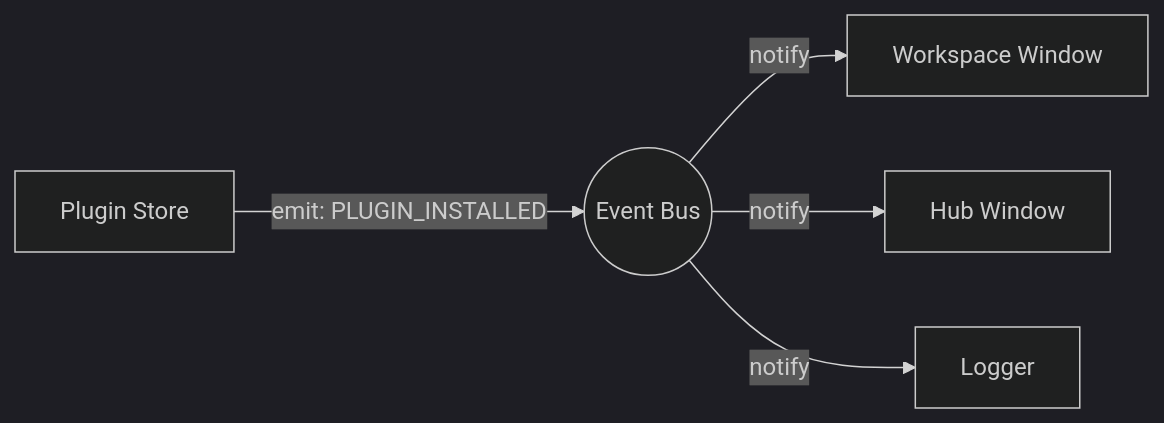
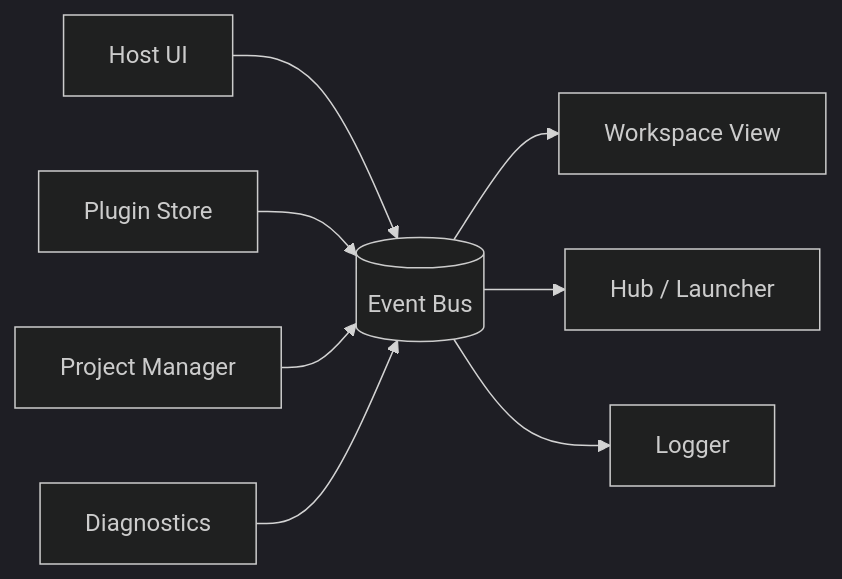
One commit to KalaimaranB/Karcytics changed the first of 2 diagrams in docs/internal/11_Core_Nervous_System.md. Above: the diagram before and after it, drawn with Mermaid (dark theme). The commit also changed other lines of this file and 17 other files, not shown here.

````diff
--- a/docs/internal/11_Core_Nervous_System.md
+++ b/docs/internal/11_Core_Nervous_System.md
@@ -11,7 +17,10 @@
 ```mermaid
-graph LR
-    P[Plugin Store] -->|emit: PLUGIN_INSTALLED| EB((Event Bus))
-    EB -->|notify| W1[Workspace Window]
-    EB -->|notify| W2[Hub Window]
-    EB -->|notify| L[Logger]
+flowchart LR
+    UI[Host UI] --> BUS[(Event Bus)]
+    STORE[Plugin Store] --> BUS
+    PROJECT[Project Manager] --> BUS
+    DIAG[Diagnostics] --> BUS
+    BUS --> W1[Workspace View]
+    BUS --> W2[Hub / Launcher]
+    BUS --> W3[Logger]
 ```
````
